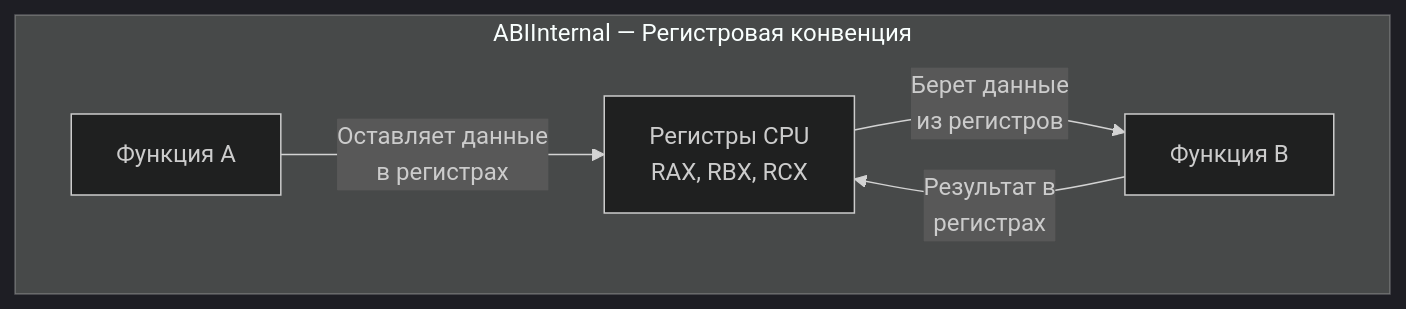
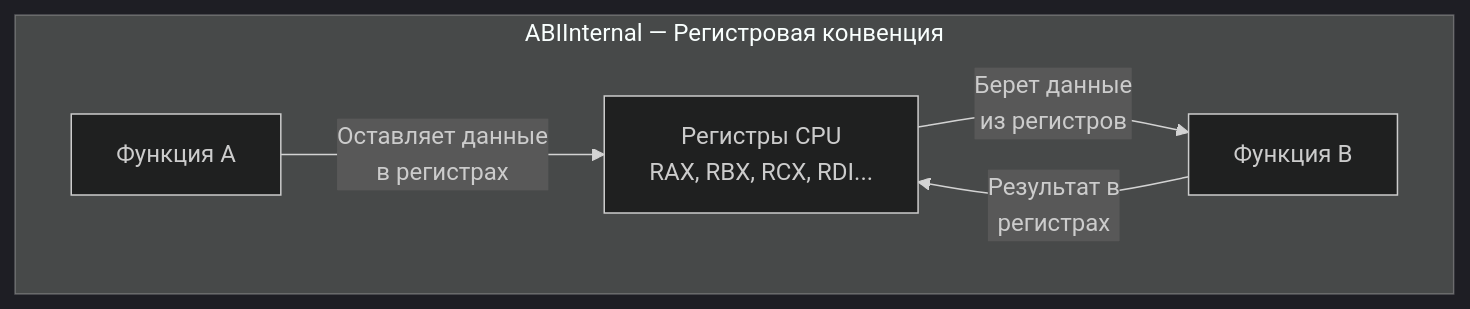
The second of 3 diagrams in sources/7. Глубокий Go (Внутреннее устройство)/6. ABIInternal и ABI0. Как Go вызывает функции.md (UnrealTemplier/go-textbook), drawn with Mermaid (dark theme) before and after one commit. The commit also changed other lines of this file, not shown here.

````diff
--- a/sources/7. Глубокий Go (Внутреннее устройство)/6. ABIInternal и ABI0. Как Go вызывает функции.md
+++ b/sources/7. Глубокий Go (Внутреннее устройство)/6. ABIInternal и ABI0. Как Go вызывает функции.md
@@ -55,8 +65,8 @@
 ```mermaid
 flowchart TD
     subgraph ABI_INT ["ABIInternal — Регистровая конвенция"]
-        CALLER1["Функция A"] -->|"Оставляет данные<br>в регистрах"| REGS["Регистры CPU<br>RAX, RBX, RCX"]
+        CALLER1["Функция A"] -->|"Оставляет данные<br>в регистрах"| REGS["Регистры CPU<br>RAX, RBX, RCX, RDI..."]
         REGS -->|"Берет данные<br>из регистров"| CALLEE1["Функция B"]
         CALLEE1 -->|"Результат в<br>регистрах"| REGS
     end
 ```
````
